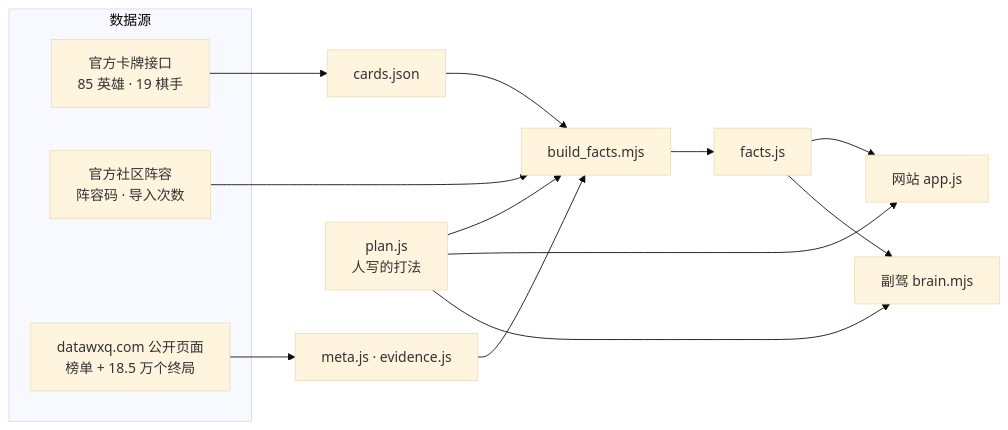
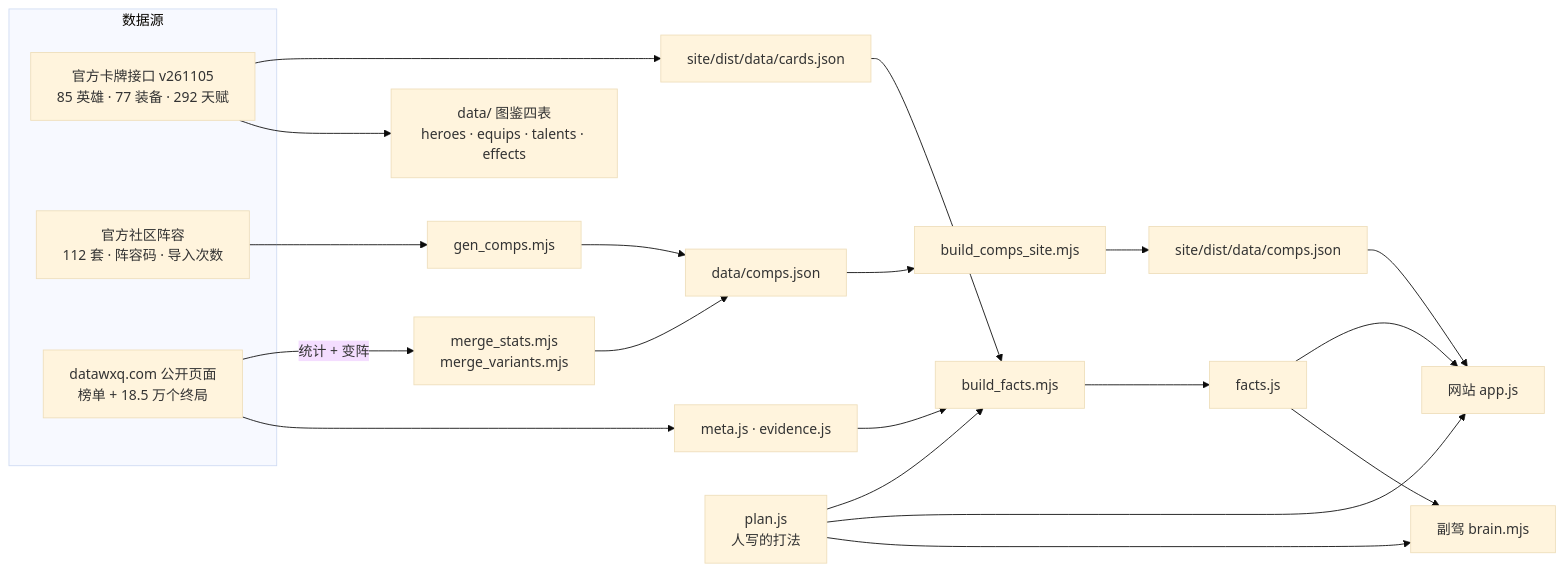
Before and after one commit to billpwchan/wanxiang-qipu: the second of 2 diagrams in README.md, drawn with Mermaid (base theme). The commit also changed other lines of this file and 1 other file, not shown here.

````diff
--- a/README.md
+++ b/README.md
@@ -136,19 +144,23 @@
 ```mermaid
 flowchart LR
   subgraph 数据源
-    O["官方卡牌接口<br>85 英雄 · 19 棋手"]
-    Q["官方社区阵容<br>阵容码 · 导入次数"]
+    O["官方卡牌接口 v261105<br>85 英雄 · 77 装备 · 292 天赋"]
+    Q["官方社区阵容<br>112 套 · 阵容码 · 导入次数"]
     W["datawxq.com 公开页面<br>榜单 + 18.5 万个终局"]
   end
-  O --> CJ["cards.json"]
-  Q --> BF
+  O --> CJ["site/dist/data/cards.json"]
+  O --> TAB["data/ 图鉴四表<br>heroes · equips · talents · effects"]
+  Q --> GC["gen_comps.mjs"] --> CM["data/comps.json"]
+  W -- "统计 + 变阵" --> MS["merge_stats.mjs<br>merge_variants.mjs"] --> CM
+  CJ --> BF["build_facts.mjs"]
   W --> MJ["meta.js · evidence.js"]
-  CJ --> BF["build_facts.mjs"]
   MJ --> BF
   P["plan.js<br>人写的打法"] --> BF
   BF --> FJ["facts.js"]
+  CM --> BC["build_comps_site.mjs"] --> SCM["site/dist/data/comps.json"]
   P --> APP["网站 app.js"]
   FJ --> APP
+  SCM --> APP
   P --> COP["副驾 brain.mjs"]
   FJ --> COP
 ```
````
